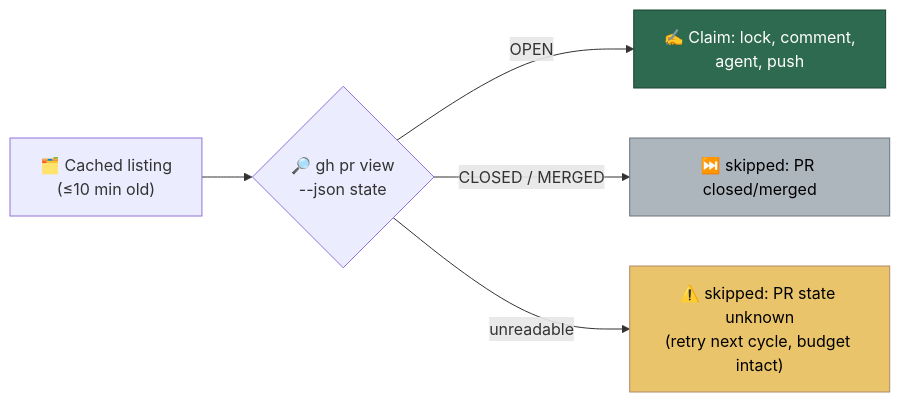
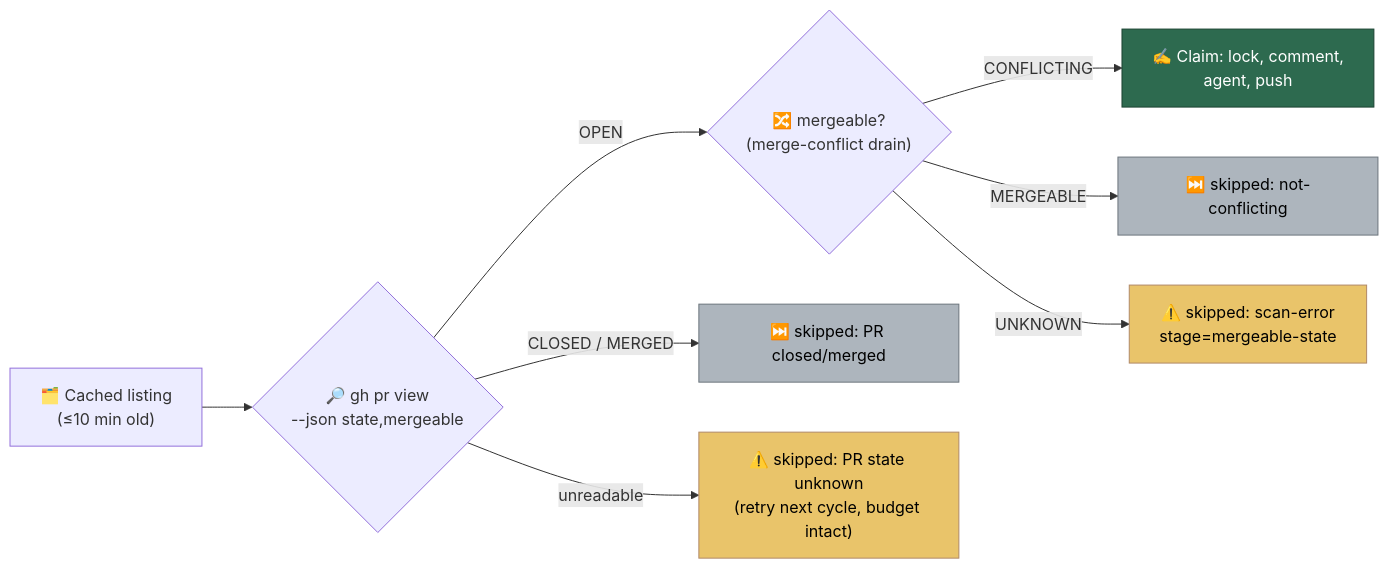
One commit to stSoftwareAU/VibeCoder changed diagram 13 of 39 in docs/INTERNALS.md. Above: the diagram before and after it, drawn with Mermaid. The commit also changed other lines of this file and 13 other files, not shown here.

````diff
--- a/docs/INTERNALS.md
+++ b/docs/INTERNALS.md
@@ -1723,10 +1731,15 @@
 ```mermaid
 flowchart LR
-    L["🗂️ Cached listing<br/>(≤10 min old)"] --> V{"🔎 gh pr view<br/>--json state"}
-    V -->|OPEN| W["✍️ Claim: lock, comment,<br/>agent, push"]
+    L["🗂️ Cached listing<br/>(≤10 min old)"] --> V{"🔎 gh pr view<br/>--json state,mergeable"}
+    V -->|OPEN| M{"🔀 mergeable?<br/>(merge-conflict drain)"}
     V -->|CLOSED / MERGED| S["⏭️ skipped: PR closed/merged"]
     V -->|unreadable| U["⚠️ skipped: PR state unknown<br/>(retry next cycle, budget intact)"]
+    M -->|CONFLICTING| W["✍️ Claim: lock, comment,<br/>agent, push"]
+    M -->|MERGEABLE| N["⏭️ skipped: not-conflicting"]
+    M -->|UNKNOWN| E["⚠️ skipped: scan-error<br/>stage=mergeable-state"]
     style W fill:#2d6a4f,stroke:#1b4332,color:#fff
     style S fill:#adb5bd,stroke:#6c757d,color:#000
+    style N fill:#adb5bd,stroke:#6c757d,color:#000
     style U fill:#e9c46a,stroke:#b08968,color:#000
+    style E fill:#e9c46a,stroke:#b08968,color:#000
 ```
````
